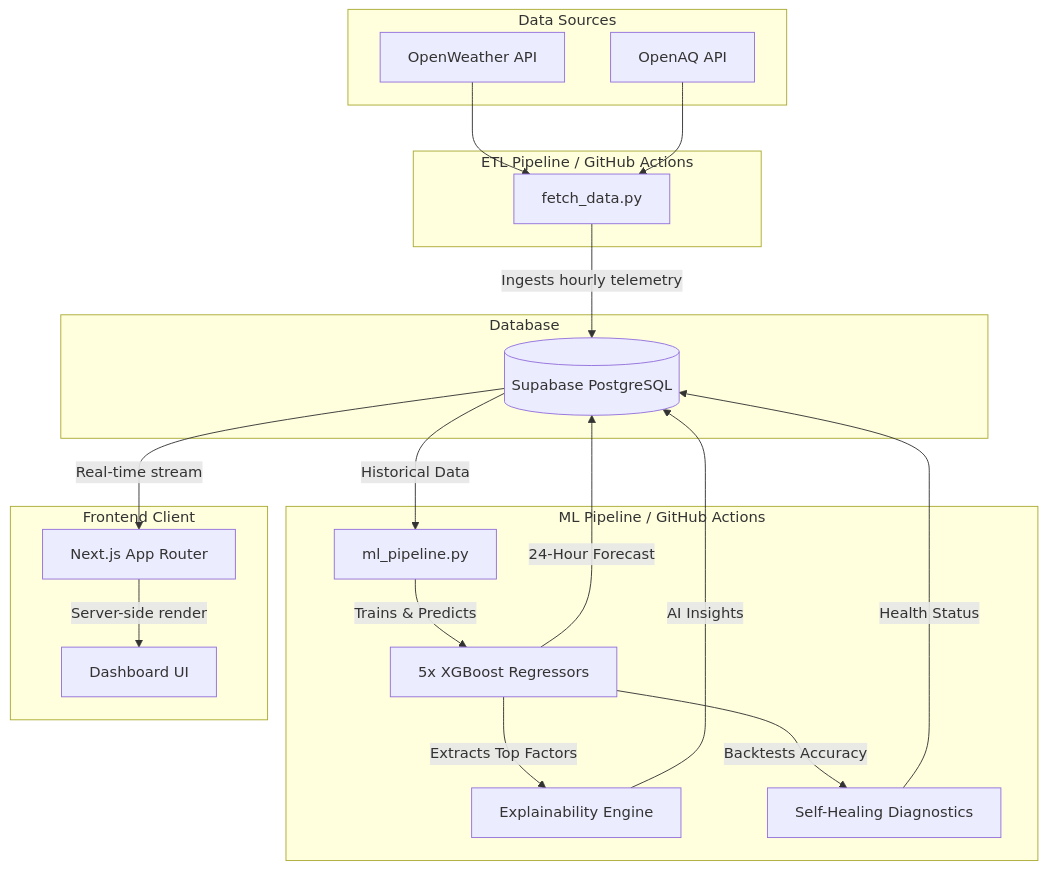
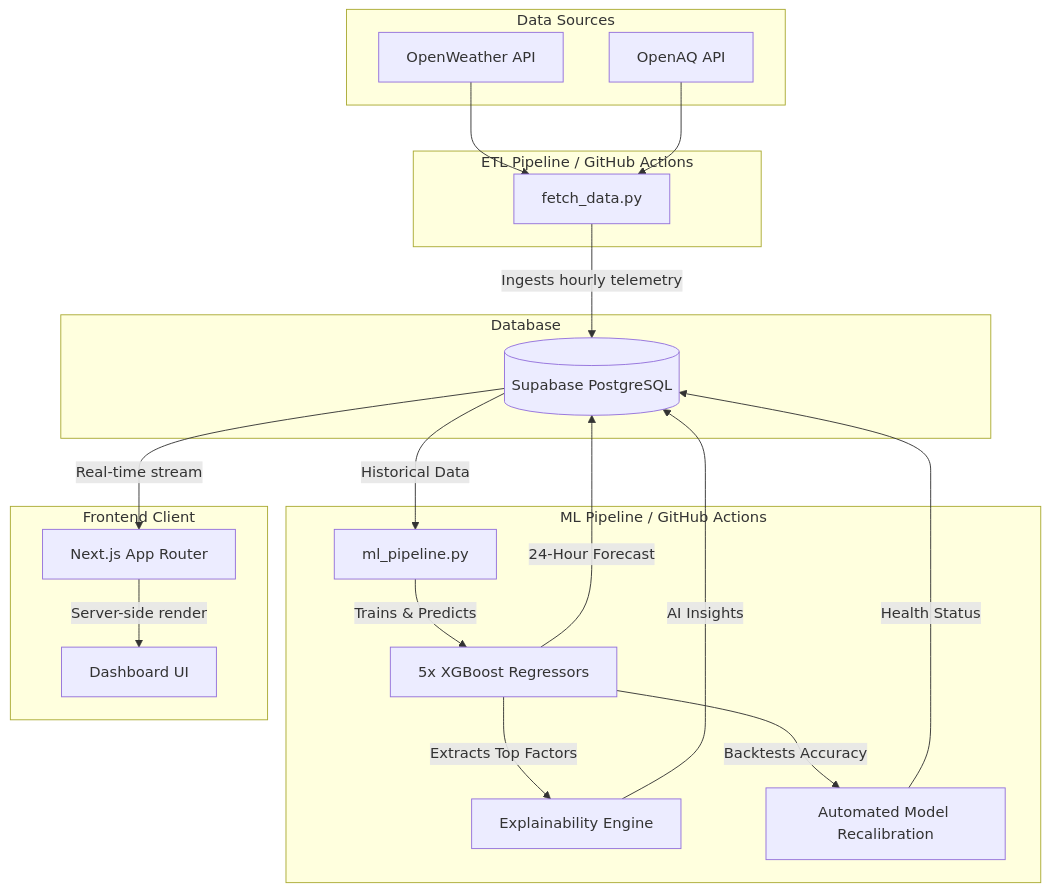
Before and after one commit to AbhimanyuKandhal/Smart-City-Predictor: the first of 2 diagrams in README.md, drawn with Mermaid. The commit also changed other lines of this file, not shown here.

````diff
--- a/README.md
+++ b/README.md
@@ -16,40 +31,40 @@
 ```mermaid
 graph TD
     subgraph Data Sources
         OW[OpenWeather API]
         OA[OpenAQ API]
     end
 
     subgraph ETL Pipeline / GitHub Actions
         P1[fetch_data.py]
         OW --> P1
         OA --> P1
     end
 
     subgraph Database
         S[(Supabase PostgreSQL)]
     end
 
     subgraph ML Pipeline / GitHub Actions
         M1[ml_pipeline.py]
         XGB[5x XGBoost Regressors]
         SHAP[Explainability Engine]
-        DIAG[Self-Healing Diagnostics]
+        DIAG[Automated Model Recalibration]
     end
 
     subgraph Frontend Client
         NEXT[Next.js App Router]
         DASH[Dashboard UI]
     end
 
     P1 -- Ingests hourly telemetry --> S
     S -- Historical Data --> M1
     M1 -- Trains & Predicts --> XGB
     XGB -- Extracts Top Factors --> SHAP
     XGB -- Backtests Accuracy --> DIAG
     XGB -- 24-Hour Forecast --> S
     SHAP -- AI Insights --> S
     DIAG -- Health Status --> S
     S -- Real-time stream --> NEXT
     NEXT -- Server-side render --> DASH
 ```
````
